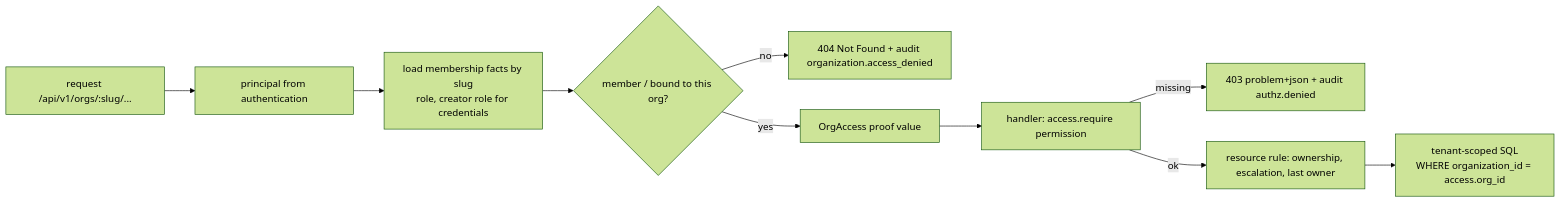
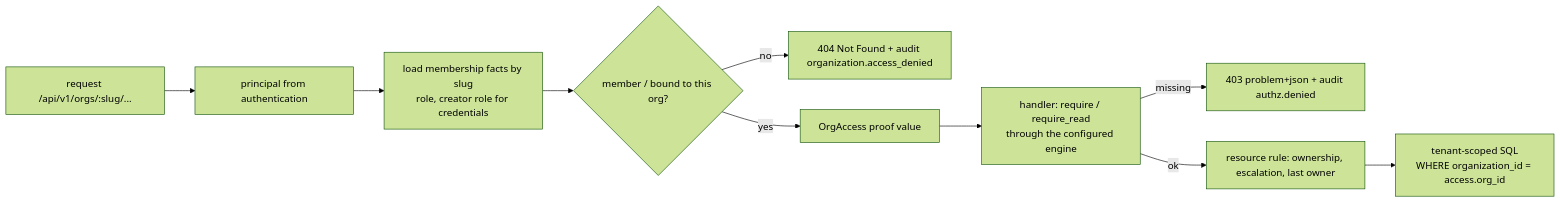
The second of 2 diagrams in docs/authorization/README.md (sinabigy/ultimate-web-stack), drawn with Mermaid (forest theme) before and after one commit. The commit also changed other lines of this file and 14 other files, not shown here.

````diff
--- a/docs/authorization/README.md
+++ b/docs/authorization/README.md
@@ -50,12 +50,12 @@
 ```mermaid
 flowchart LR
   R[request /api/v1/orgs/:slug/...] --> P[principal from authentication]
   P --> F[load membership facts by slug<br/>role, creator role for credentials]
   F --> Q{member / bound to this org?}
   Q -- no --> NF[404 Not Found + audit organization.access_denied]
   Q -- yes --> OA[OrgAccess proof value]
-  OA --> H[handler: access.require permission]
+  OA --> H[handler: require / require_read<br/>through the configured engine]
   H -- missing --> D403[403 problem+json + audit authz.denied]
   H -- ok --> RES[resource rule: ownership, escalation, last owner]
   RES --> Q2[tenant-scoped SQL<br/>WHERE organization_id = access.org_id]
 ```
````
